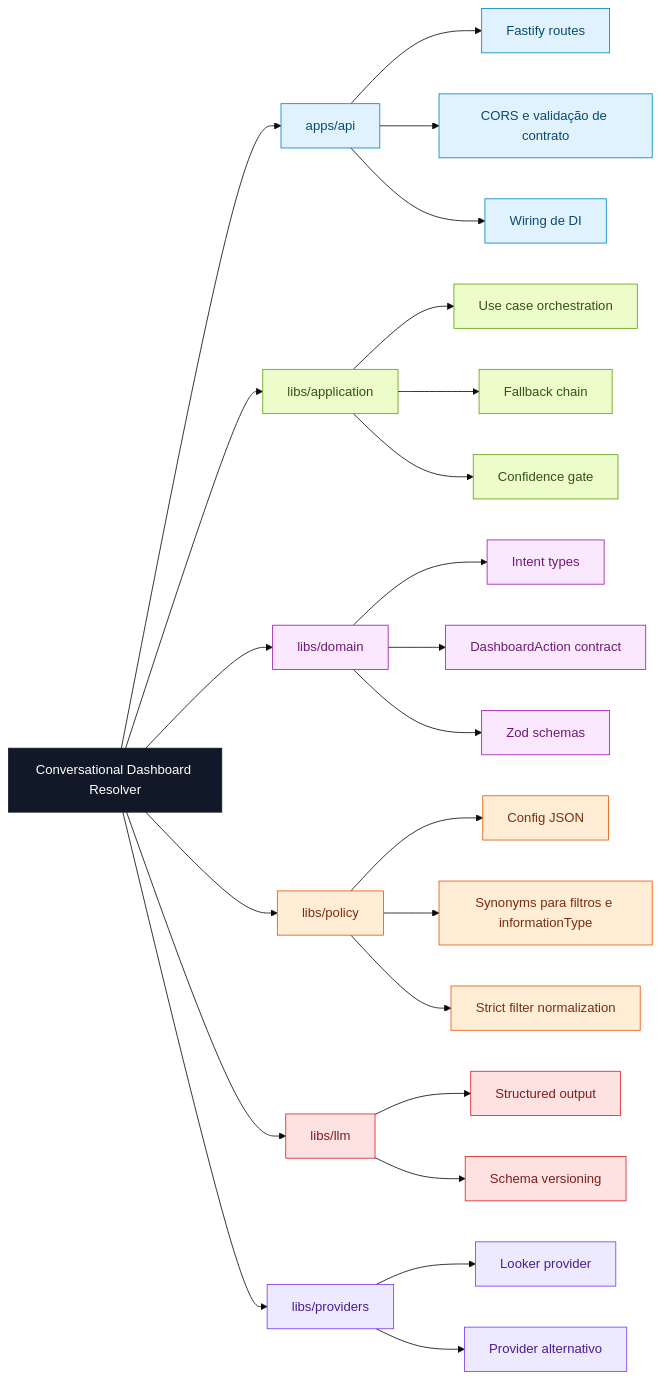
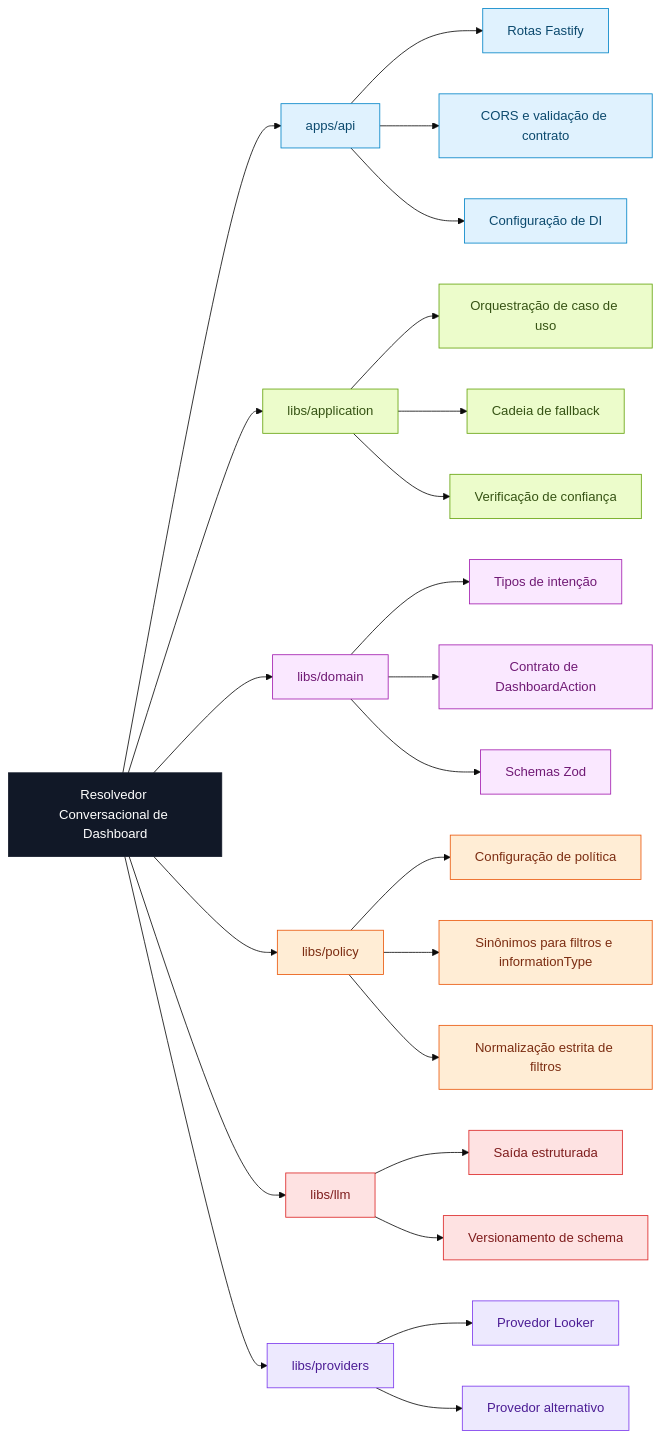
One commit to fernandesyuri33/chat-observatorio-turismo changed the eighth of 8 diagrams in docs/arquitetura.md. Above: the diagram before and after it, drawn with Mermaid (base theme). The commit also changed other lines of this file and 1 other file, not shown here.

````diff
--- a/docs/arquitetura.md
+++ b/docs/arquitetura.md
@@ -176,50 +176,50 @@
 ```mermaid
 flowchart LR
-  ROOT[Conversational Dashboard Resolver]
+  ROOT[Resolvedor Conversacional de Dashboard]
 
   ROOT --> API[apps/api]
   ROOT --> APP[libs/application]
   ROOT --> DOM[libs/domain]
   ROOT --> POL[libs/policy]
   ROOT --> LLM[libs/llm]
   ROOT --> PROV[libs/providers]
 
-  API --> API1[Fastify routes]
+  API --> API1[Rotas Fastify]
   API --> API2[CORS e validação de contrato]
-  API --> API3[Wiring de DI]
+  API --> API3[Configuração de DI]
 
-  APP --> APP1[Use case orchestration]
-  APP --> APP2[Fallback chain]
-  APP --> APP3[Confidence gate]
+  APP --> APP1[Orquestração de caso de uso]
+  APP --> APP2[Cadeia de fallback]
+  APP --> APP3[Verificação de confiança]
 
-  DOM --> DOM1[Intent types]
-  DOM --> DOM2[DashboardAction contract]
-  DOM --> DOM3[Zod schemas]
+  DOM --> DOM1[Tipos de intenção]
+  DOM --> DOM2[Contrato de DashboardAction]
+  DOM --> DOM3[Schemas Zod]
 
-  POL --> POL1[Config JSON]
-  POL --> POL2[Synonyms para filtros e informationType]
-  POL --> POL3[Strict filter normalization]
+  POL --> POL1[Configuração de política]
+  POL --> POL2[Sinônimos para filtros e informationType]
+  POL --> POL3[Normalização estrita de filtros]
 
-  LLM --> LLM1[Structured output]
-  LLM --> LLM2[Schema versioning]
+  LLM --> LLM1[Saída estruturada]
+  LLM --> LLM2[Versionamento de schema]
 
-  PROV --> PR1[Looker provider]
-  PROV --> PR2[Provider alternativo]
+  PROV --> PR1[Provedor Looker]
+  PROV --> PR2[Provedor alternativo]
 
   classDef root fill:#111827,stroke:#111827,color:#ffffff;
   classDef api fill:#e0f2fe,stroke:#0284c7,color:#0c4a6e;
   classDef app fill:#ecfccb,stroke:#65a30d,color:#365314;
   classDef dom fill:#fae8ff,stroke:#a21caf,color:#701a75;
   classDef pol fill:#ffedd5,stroke:#ea580c,color:#7c2d12;
   classDef llm fill:#fee2e2,stroke:#dc2626,color:#7f1d1d;
   classDef prov fill:#ede9fe,stroke:#7c3aed,color:#4c1d95;
 
   class ROOT root;
   class API,API1,API2,API3 api;
   class APP,APP1,APP2,APP3 app;
   class DOM,DOM1,DOM2,DOM3 dom;
   class POL,POL1,POL2,POL3 pol;
   class LLM,LLM1,LLM2 llm;
   class PROV,PR1,PR2 prov;
 
 ```
````
